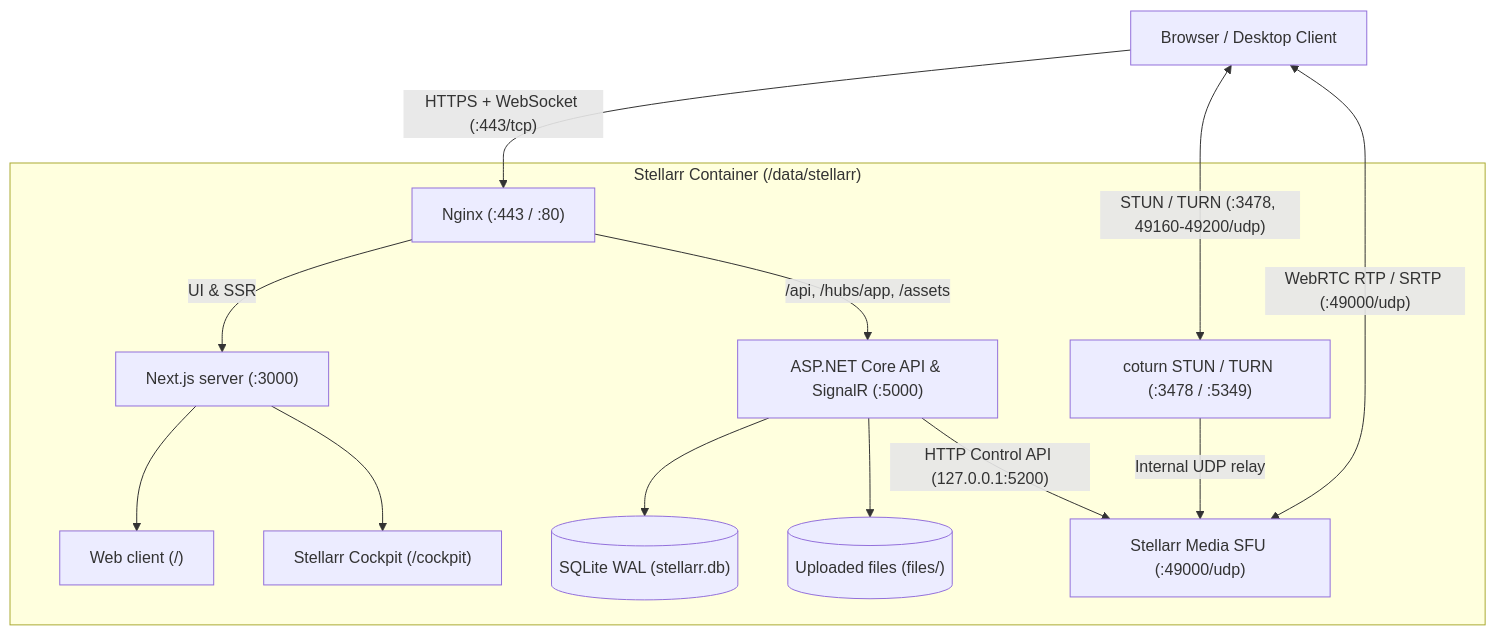
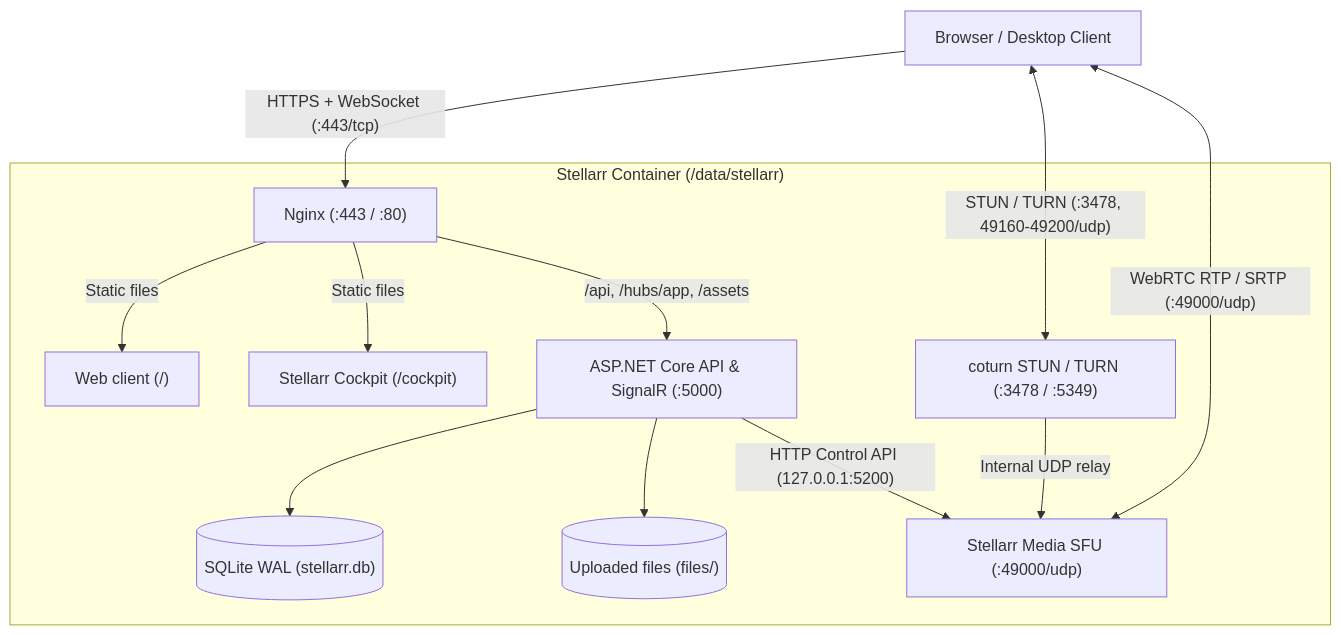
One commit to Arkazzae/Stellar changed the diagram in docs/architecture.md. Above: the diagram before and after it, drawn with Mermaid. The commit also changed other lines of this file and 6 other files, not shown here.

````diff
--- a/docs/architecture.md
+++ b/docs/architecture.md
@@ -9,29 +9,27 @@
 ```mermaid
 flowchart TD
     Browser["Browser / Desktop Client"]
 
     subgraph Container["Stellarr Container (/data/stellarr)"]
         Nginx["Nginx (:443 / :80)"]
-        Next["Next.js server (:3000)"]
         Web["Web client (/)"]
         Cockpit["Stellarr Cockpit (/cockpit)"]
         Api["ASP.NET Core API & SignalR (:5000)"]
         Sqlite[("SQLite WAL (stellarr.db)")]
         Files[("Uploaded files (files/)")]
         Coturn["coturn STUN / TURN (:3478 / :5349)"]
         Media["Stellarr Media SFU (:49000/udp)"]
 
-        Nginx -->|"UI & SSR"| Next
-        Next --> Web
-        Next --> Cockpit
+        Nginx -->|"Static files"| Web
+        Nginx -->|"Static files"| Cockpit
         Nginx -->|"/api, /hubs/app, /assets"| Api
         Api --> Sqlite
         Api --> Files
         Api -->|"HTTP Control API (127.0.0.1:5200)"| Media
         Coturn -->|"Internal UDP relay"| Media
     end
 
     Browser -->|"HTTPS + WebSocket (:443/tcp)"| Nginx
     Browser <-->|"STUN / TURN (:3478, 49160-49200/udp)"| Coturn
     Browser <-->|"WebRTC RTP / SRTP (:49000/udp)"| Media
 ```
````
